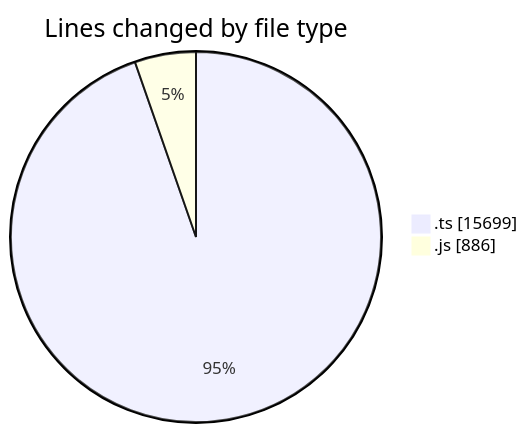
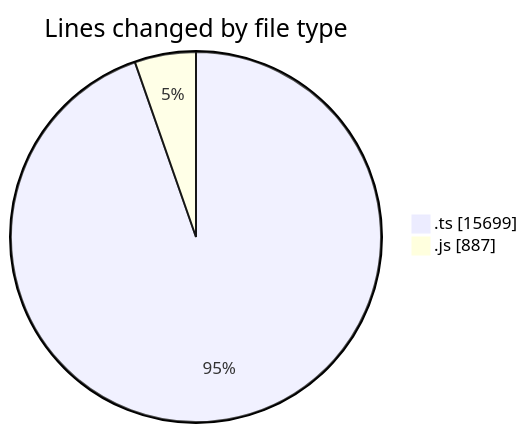
The first of 2 diagrams in 2026-02-05/cda/README.md (momahboobian/code-tracking), drawn with Mermaid before and after one commit. The commit also changed other lines of this file and 1 other file, not shown here.

````diff
--- a/2026-02-05/cda/README.md
+++ b/2026-02-05/cda/README.md
@@ -24,6 +24,6 @@
 ```mermaid
 pie showData
 title Lines changed by file type
 ".ts" : 15699
-".js" : 886
+".js" : 887
 ```
````
